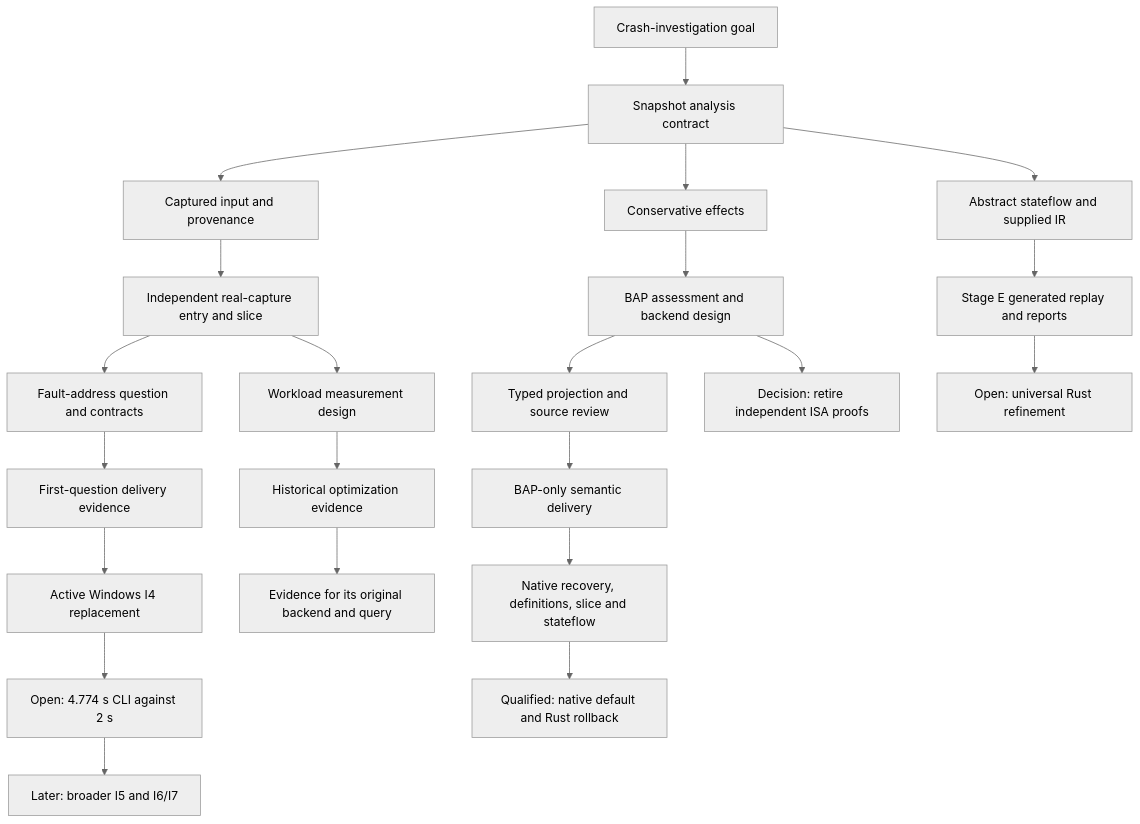
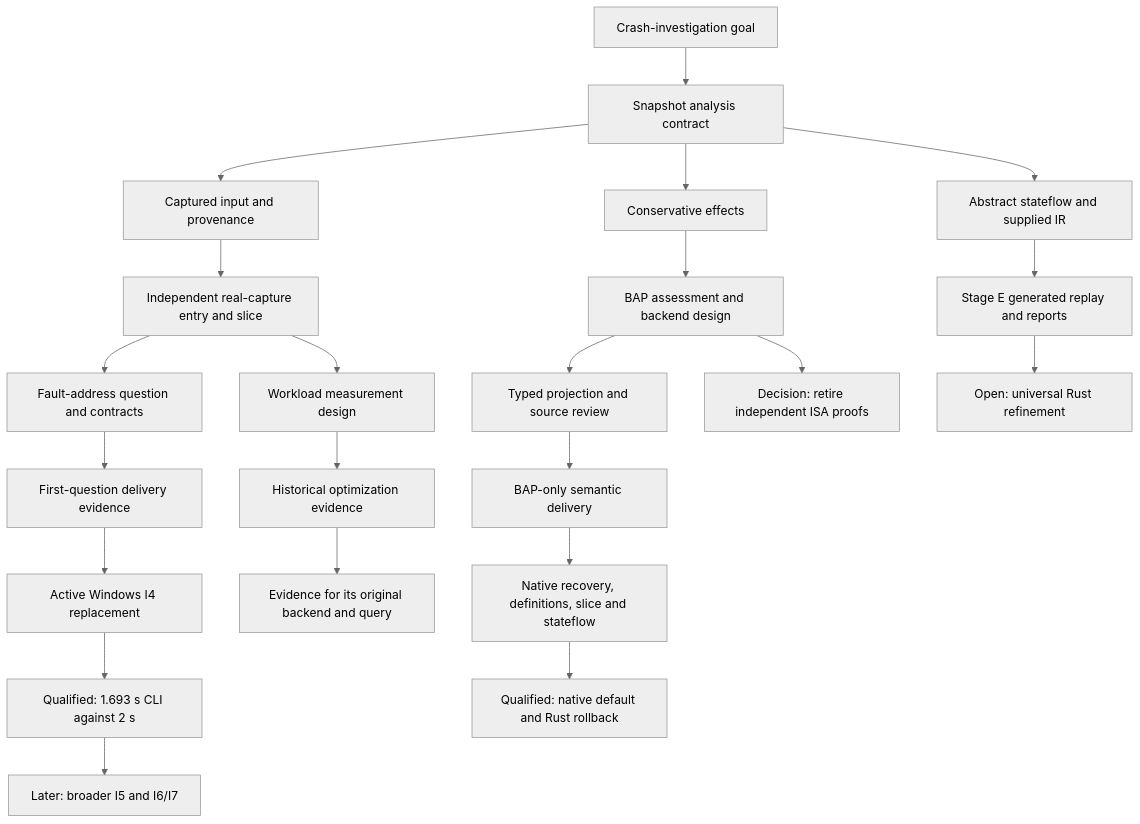
Before and after one commit to NzSN/Ariadne: the diagram in docs/documentation-map.md, drawn with Mermaid (neutral theme). The commit also changed other lines of this file and 58 other files, not shown here.

````diff
--- a/docs/documentation-map.md
+++ b/docs/documentation-map.md
@@ -35,24 +35,24 @@
 ```mermaid
 flowchart TD
     Goal[Crash-investigation goal] --> Core[Snapshot analysis contract]
     Core --> Input[Captured input and provenance]
     Core --> Effects[Conservative effects]
     Effects --> BAP[BAP assessment and backend design]
     BAP --> Projection[Typed projection and source review]
     Projection --> Delivery[BAP-only semantic delivery]
     Delivery --> Native[Native recovery, definitions, slice and stateflow]
     Native --> Windows[Qualified: native default and Rust rollback]
     Input --> Capture[Independent real-capture entry and slice]
     Capture --> Explain[Fault-address question and contracts]
     Explain --> Evidence[First-question delivery evidence]
     Evidence --> Repin[Active Windows I4 replacement]
-    Repin --> Budget[Open: 4.774 s CLI against 2 s]
+    Repin --> Budget[Qualified: 1.693 s CLI against 2 s]
     Budget --> Later[Later: broader I5 and I6/I7]
     Core --> State[Abstract stateflow and supplied IR]
     State --> Replay[Stage E generated replay and reports]
     Replay --> Proof[Open: universal Rust refinement]
     Capture --> Measure[Workload measurement design]
     Measure --> Perf[Historical optimization evidence]
     Perf --> Historical[Evidence for its original backend and query]
     BAP --> Scope[Decision: retire independent ISA proofs]
 ```
````
